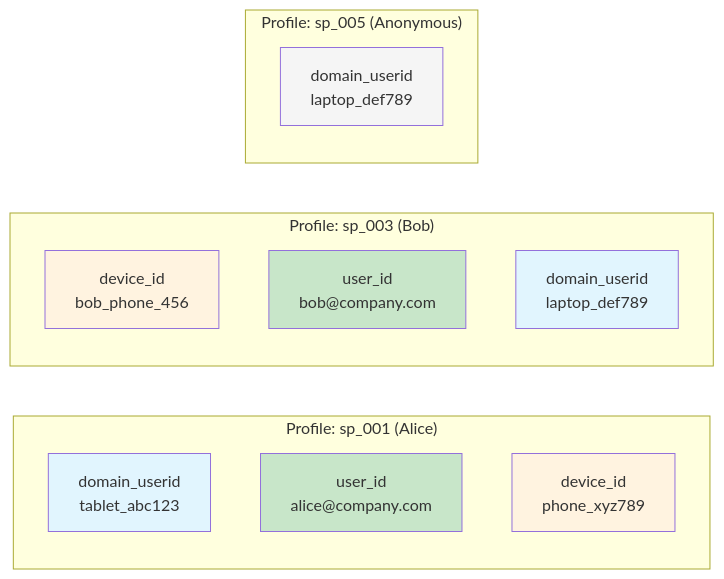
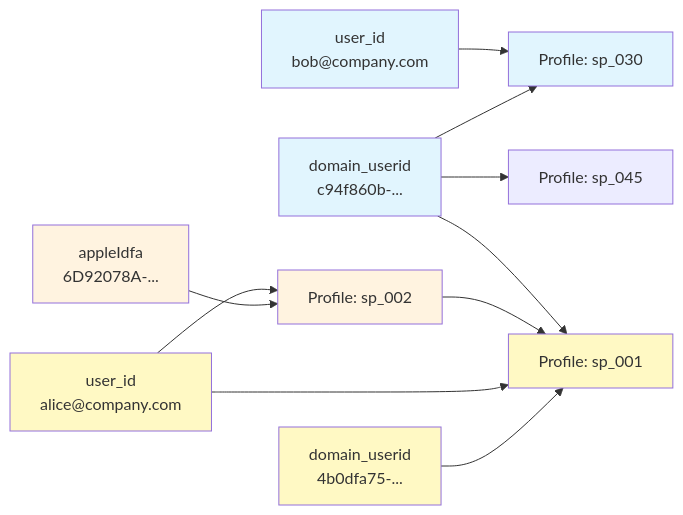
Before and after one commit to snowplow/documentation: the seventh of 7 diagrams in docs/identities/concepts/index.md, drawn with Mermaid. The commit also changed other lines of this file, not shown here.

````diff
--- a/docs/identities/concepts/index.md
+++ b/docs/identities/concepts/index.md
@@ -277,33 +268,42 @@
 ```mermaid
 graph LR
-    subgraph "Profile: sp_001 (Alice)"
-        A["domain_userid
-        tablet_abc123"]
-        B["user_id
-        alice@company.com"]
-        C["device_id
-        phone_xyz789"]
-    end
+    BobA["domain_userid
+    c94f860b-..."]
+    BobB["user_id
+    bob@company.com"]
+    BobC["Profile: sp_030"]
 
-    subgraph "Profile: sp_003 (Bob)"
-        D["device_id
-        bob_phone_456"]
-        E["user_id
-        bob@company.com"]
-        F["domain_userid
-        laptop_def789"]
-    end
+    BobA --> BobC
+    BobB --> BobC
 
-    subgraph "Profile: sp_005 (Anonymous)"
-        G["domain_userid
-        laptop_def789"]
-    end
+    style BobA fill:#e1f5fe
+    style BobB fill:#e1f5fe
+    style BobC fill:#e1f5fe
 
-    style A fill:#e1f5fe
-    style B fill:#c8e6c9
+    A["domain_userid
+    4b0dfa75-..."]
+    B["user_id
+    alice@company.com"]
+    C["appleIdfa
+    6D92078A-..."]
+    P1["Profile: sp_001"]
+    P2["Profile: sp_002"]
+
+    A --> P1
+    B --> P1
+    C --> P2
+    B --> P2
+    P2 --> P1
+
+    BobA --> P1
+
+    style A fill:#fff9c4
+    style B fill:#fff9c4
     style C fill:#fff3e0
-    style D fill:#fff3e0
-    style E fill:#c8e6c9
-    style F fill:#e1f5fe
-    style G fill:#f5f5f5
+    style P1 fill:#fff9c4
+    style P2 fill:#fff3e0
+
+    CarolP["Profile: sp_045"]
+
+    BobA --> CarolP
 ```
````
